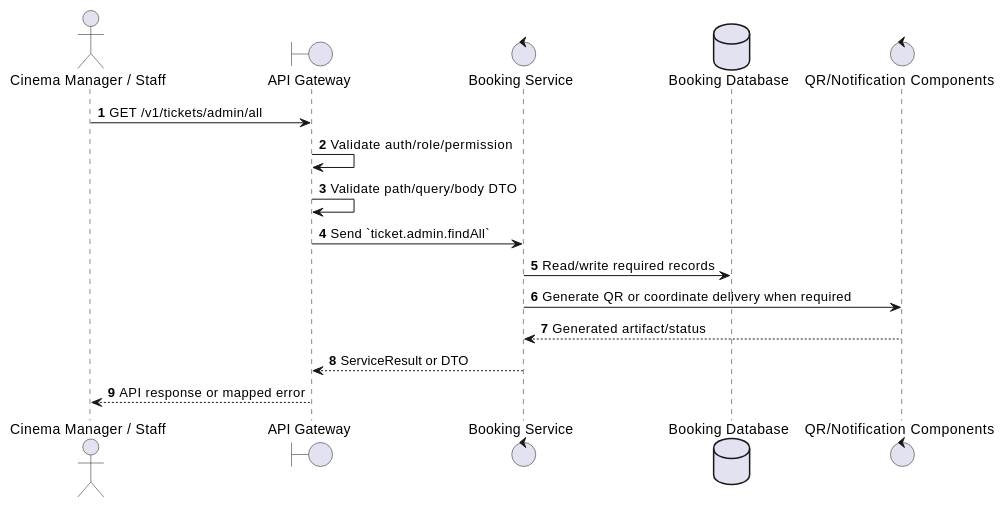
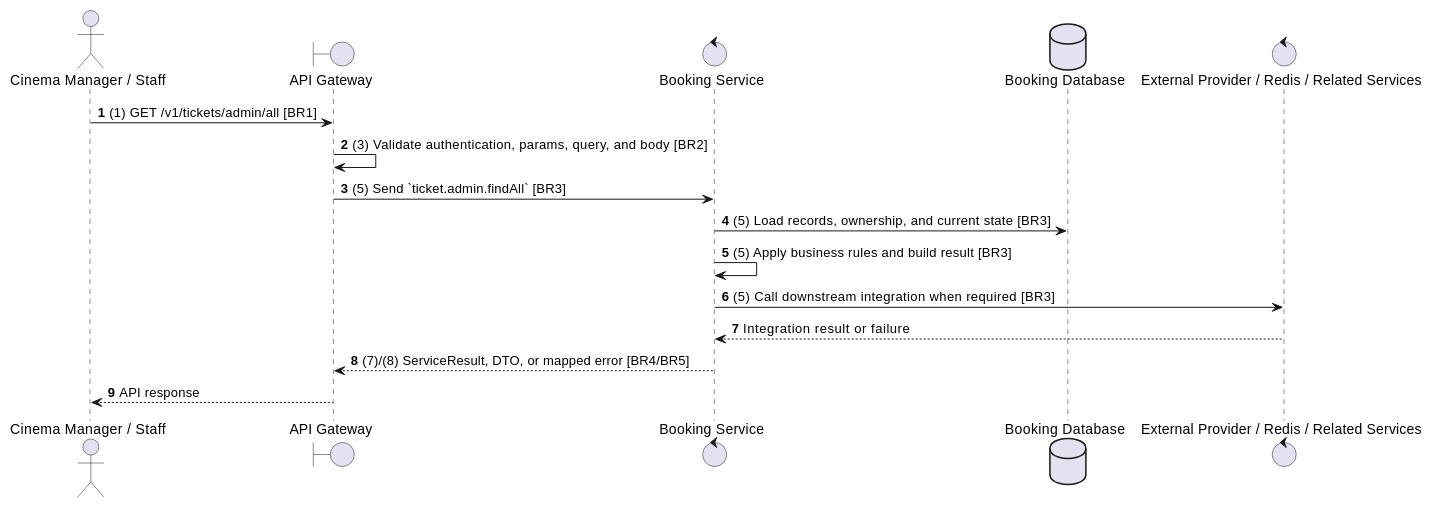
The second of 2 diagrams in docs/functional_specs/3.7_Ticket_Management_Module/TK-A01_Admin_List_All_Tickets.md (Tanh1603/movie-hub-architecture), drawn with PlantUML before and after one commit. The commit also changed other lines of this file and 129 other files, not shown here.

````diff
--- a/docs/functional_specs/3.7_Ticket_Management_Module/TK-A01_Admin_List_All_Tickets.md
+++ b/docs/functional_specs/3.7_Ticket_Management_Module/TK-A01_Admin_List_All_Tickets.md
@@ -17,20 +64,20 @@
 ```plantuml
 @startuml
 autonumber
 actor "Cinema Manager / Staff" as Actor
 boundary "API Gateway" as GW
 control "Booking Service" as SVC
 database "Booking Database" as DB
-control "QR/Notification Components" as EXT
+control "External Provider / Redis / Related Services" as EXT
 
-Actor -> GW: GET /v1/tickets/admin/all
-GW -> GW: Validate auth/role/permission
-GW -> GW: Validate path/query/body DTO
-GW -> SVC: Send `ticket.admin.findAll`
-SVC -> DB: Read/write required records
-SVC -> EXT: Generate QR or coordinate delivery when required
-EXT --> SVC: Generated artifact/status
-SVC --> GW: ServiceResult or DTO
-GW --> Actor: API response or mapped error
+Actor -> GW: (1) GET /v1/tickets/admin/all [BR1]
+GW -> GW: (3) Validate authentication, params, query, and body [BR2]
+GW -> SVC: (5) Send `ticket.admin.findAll` [BR3]
+SVC -> DB: (5) Load records, ownership, and current state [BR3]
+SVC -> SVC: (5) Apply business rules and build result [BR3]
+SVC -> EXT: (5) Call downstream integration when required [BR3]
+EXT --> SVC: Integration result or failure
+SVC --> GW: (7)/(8) ServiceResult, DTO, or mapped error [BR4/BR5]
+GW --> Actor: API response
 @enduml
 ```
````
